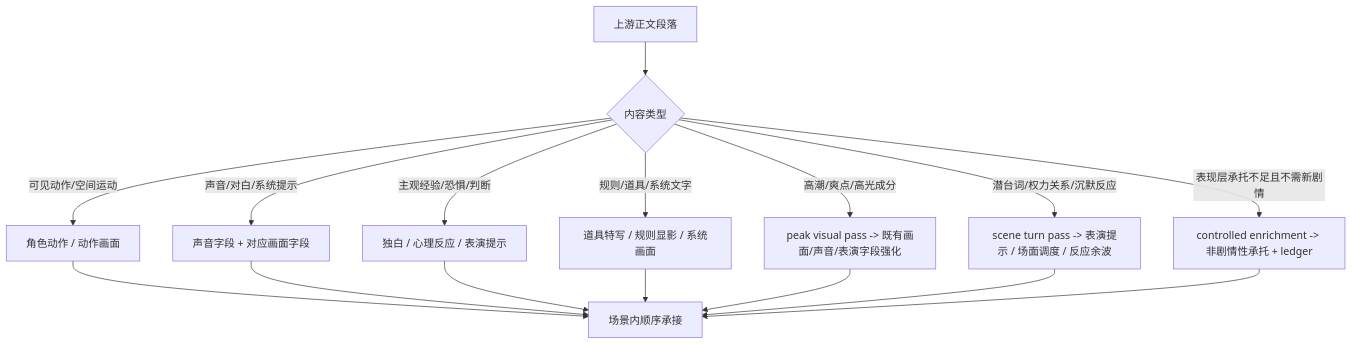
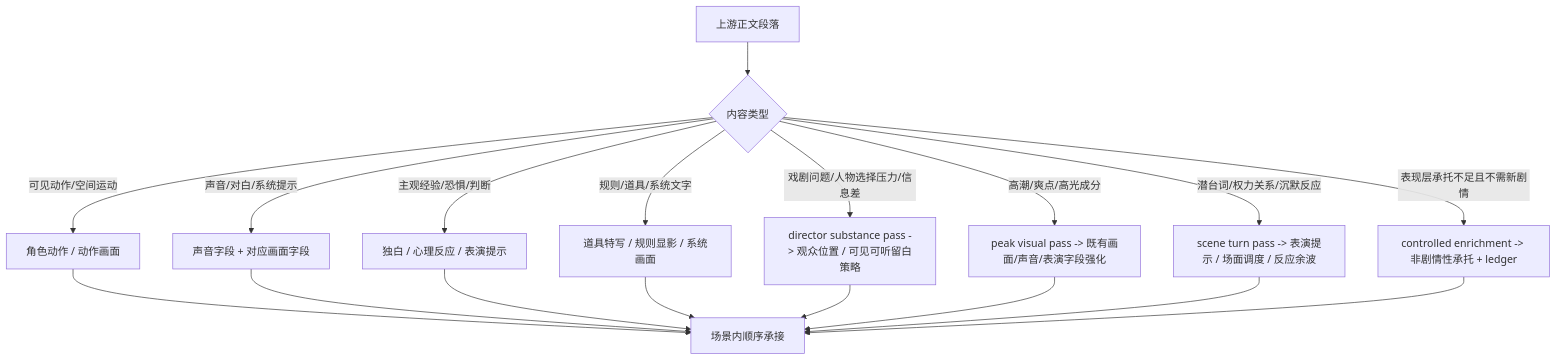
One commit to ZEN-VOID/AI-CUT changed the second of 2 diagrams in .agents/skills/aigc/2-编导/SKILL.md. Above: the diagram before and after it, drawn with Mermaid. The commit also changed other lines of this file and 173 other files, not shown here.

````diff
--- a/.agents/skills/aigc/2-编导/SKILL.md
+++ b/.agents/skills/aigc/2-编导/SKILL.md
@@ -184,18 +204,20 @@
 ```mermaid
 flowchart TD
     A["上游正文段落"] --> B{"内容类型"}
     B -->|"可见动作/空间运动"| C["角色动作 / 动作画面"]
     B -->|"声音/对白/系统提示"| D["声音字段 + 对应画面字段"]
     B -->|"主观经验/恐惧/判断"| E["独白 / 心理反应 / 表演提示"]
     B -->|"规则/道具/系统文字"| F["道具特写 / 规则显影 / 系统画面"]
+    B -->|"戏剧问题/人物选择压力/信息差"| K["director substance pass -> 观众位置 / 可见可听留白策略"]
     B -->|"高潮/爽点/高光成分"| H["peak visual pass -> 既有画面/声音/表演字段强化"]
     B -->|"潜台词/权力关系/沉默反应"| I["scene turn pass -> 表演提示 / 场面调度 / 反应余波"]
     B -->|"表现层承托不足且不需新剧情"| J["controlled enrichment -> 非剧情性承托 + ledger"]
     C --> G["场景内顺序承接"]
     D --> G
     E --> G
     F --> G
+    K --> G
     H --> G
     I --> G
     J --> G
 ```
````
